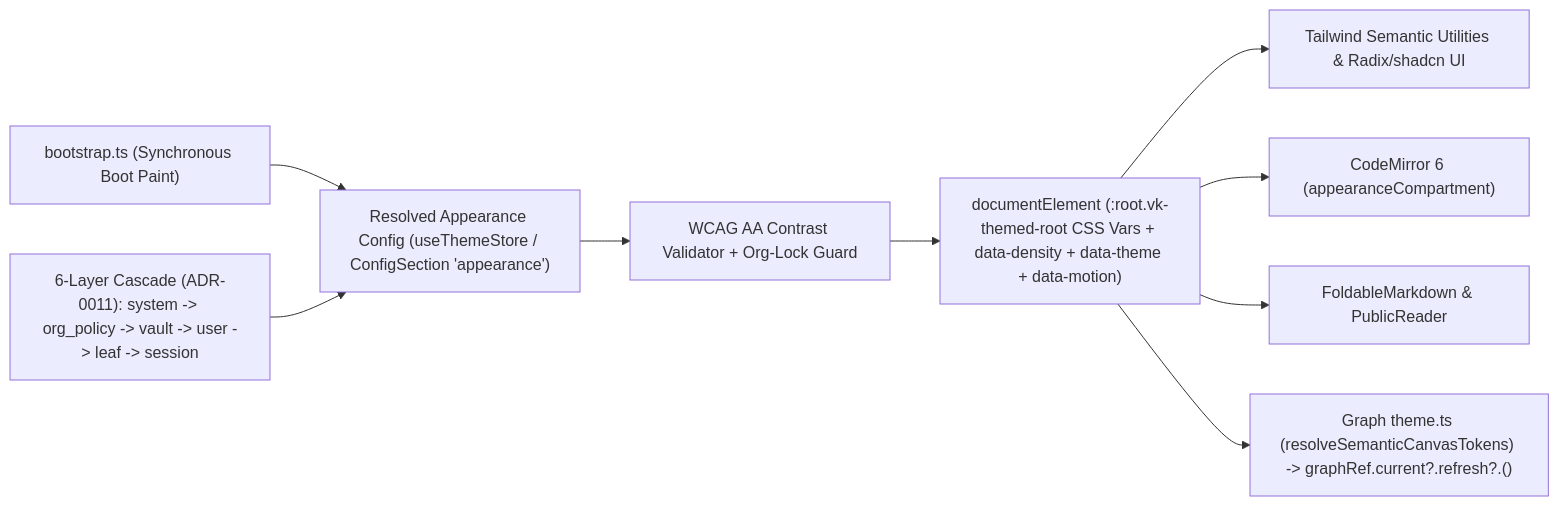
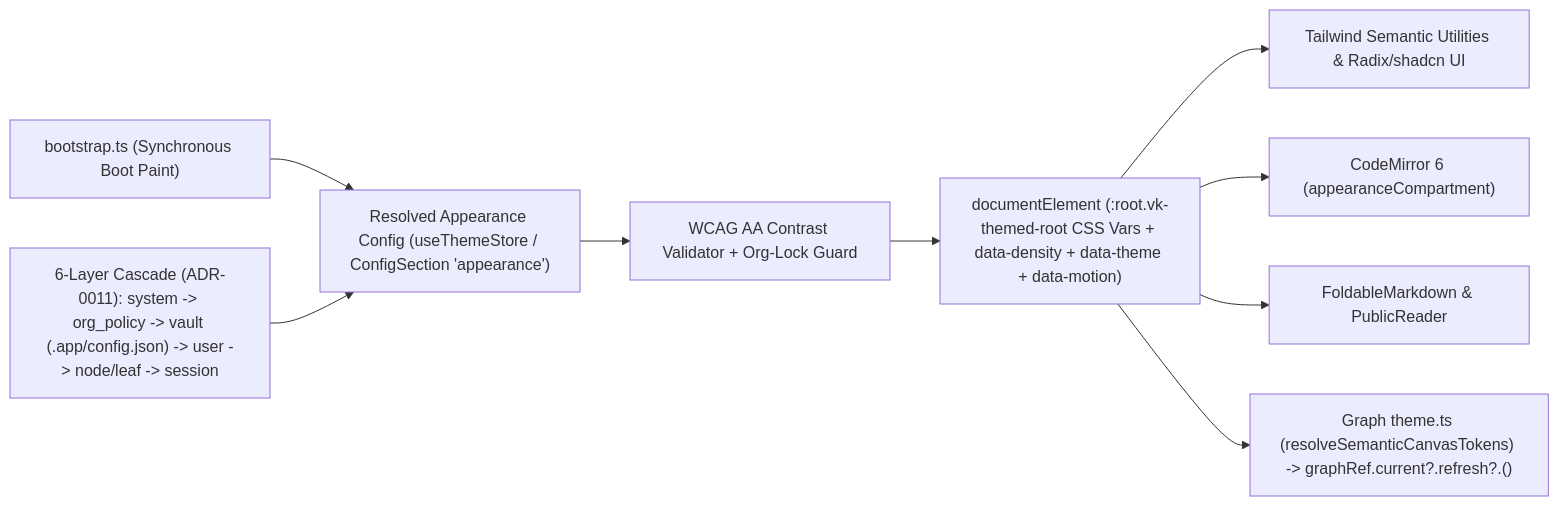
The first of 2 diagrams in docs/02-planning/ui-ux-and-universal-design-system-plan.md (mjd-code/obmap-meed), drawn with Mermaid before and after one commit. The commit also changed other lines of this file and 48 other files, not shown here.

````diff
--- a/docs/02-planning/ui-ux-and-universal-design-system-plan.md
+++ b/docs/02-planning/ui-ux-and-universal-design-system-plan.md
@@ -136,11 +136,11 @@
 ```mermaid
 flowchart LR
     BOOT["bootstrap.ts (Synchronous Boot Paint)"] --> CASCADE
-    L6["6-Layer Cascade (ADR-0011): system -> org_policy -> vault -> user -> leaf -> session"] --> CASCADE["Resolved Appearance Config (useThemeStore / ConfigSection 'appearance')"]
+    L6["6-Layer Cascade (ADR-0011): system -> org_policy -> vault (.app/config.json) -> user -> node/leaf -> session"] --> CASCADE["Resolved Appearance Config (useThemeStore / ConfigSection 'appearance')"]
     CASCADE --> GUARD["WCAG AA Contrast Validator + Org-Lock Guard"]
     GUARD --> DOM["documentElement (:root.vk-themed-root CSS Vars + data-density + data-theme + data-motion)"]
     DOM --> TAILWIND["Tailwind Semantic Utilities & Radix/shadcn UI"]
     DOM --> CM6["CodeMirror 6 (appearanceCompartment)"]
     DOM --> READER["FoldableMarkdown & PublicReader"]
     DOM --> CANVAS["Graph theme.ts (resolveSemanticCanvasTokens) -> graphRef.current?.refresh?.()"]
 ```
````
